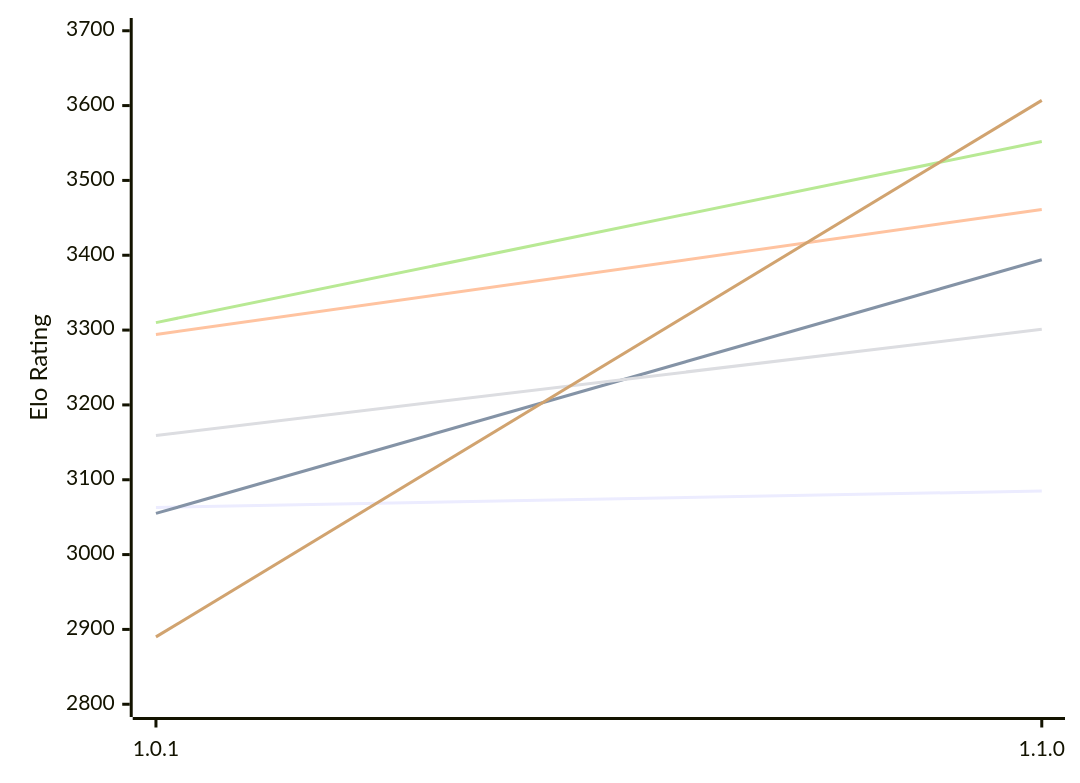
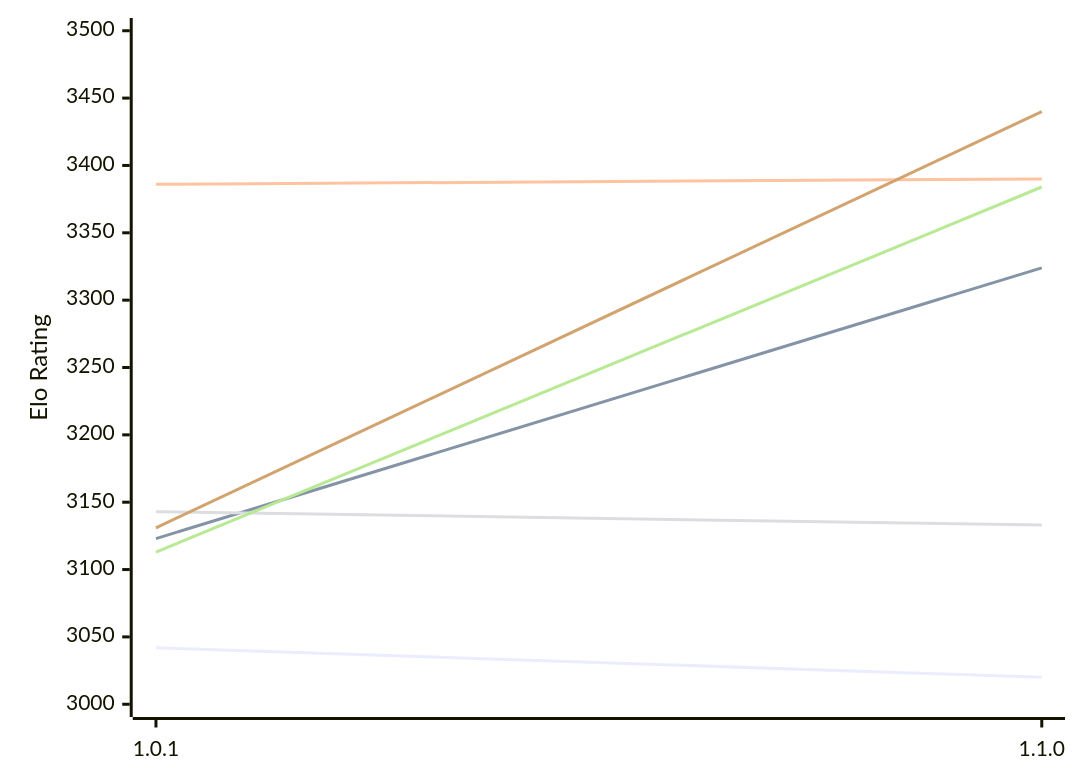
One commit to computer-chess-index/cci changed the first of 2 diagrams in engines/Ursus.md. Above: the diagram before and after it, drawn with Mermaid. The commit also changed other lines of this file, not shown here.

Commit message:
Update CCI Ratings (ELO VLTC) - 2026-11-13

````diff
--- a/engines/Ursus.md
+++ b/engines/Ursus.md
@@ -51,12 +51,12 @@
 ```mermaid
 %%{init: {"theme":"base","themeVariables":{"seriesColors:['#a3a3a3','#222221','#faa371']}}}%%
 xychart-beta
   x-axis ["1.0.1", "1.1.0"]
-  y-axis "Elo Rating" 2800 --> 3700
-  line "E1: STC (8.0+0.08s)" [3063, 3085]
-  line "E1: LTC (60.0+0.60s)" [3055, 3394]
-  line "E1: VLTC (2m24s+1.12s)" [3294, 3461]
-  line "P1: STC (8.0+0.08s)" [3159, 3301]
-  line "P1: LTC (60.0+0.60s)" [3310, 3552]
-  line "P1: VLTC (2m24s+1.12s)" [2890, 3607]
+  y-axis "Elo Rating" 3000 --> 3500
+  line "E1: STC (8.0+0.08s)" [3042, 3020]
+  line "E1: LTC (60.0+0.60s)" [3123, 3324]
+  line "E1: VLTC (2m24s+1.12s)" [3386, 3390]
+  line "P1: STC (8.0+0.08s)" [3143, 3133]
+  line "P1: LTC (60.0+0.60s)" [3113, 3384]
+  line "P1: VLTC (2m24s+1.12s)" [3131, 3440]
 ```
````
